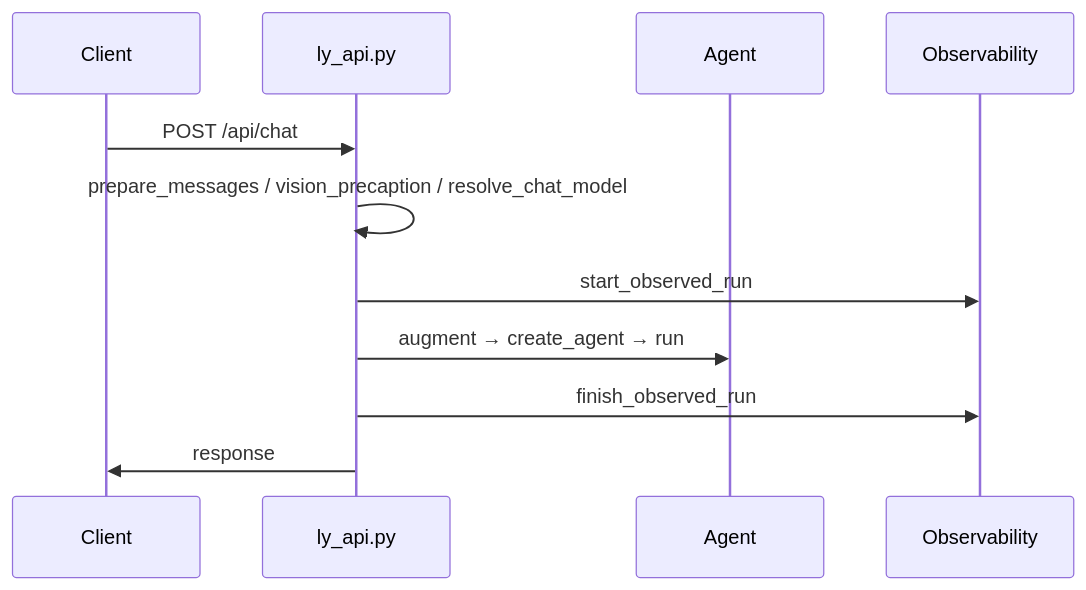
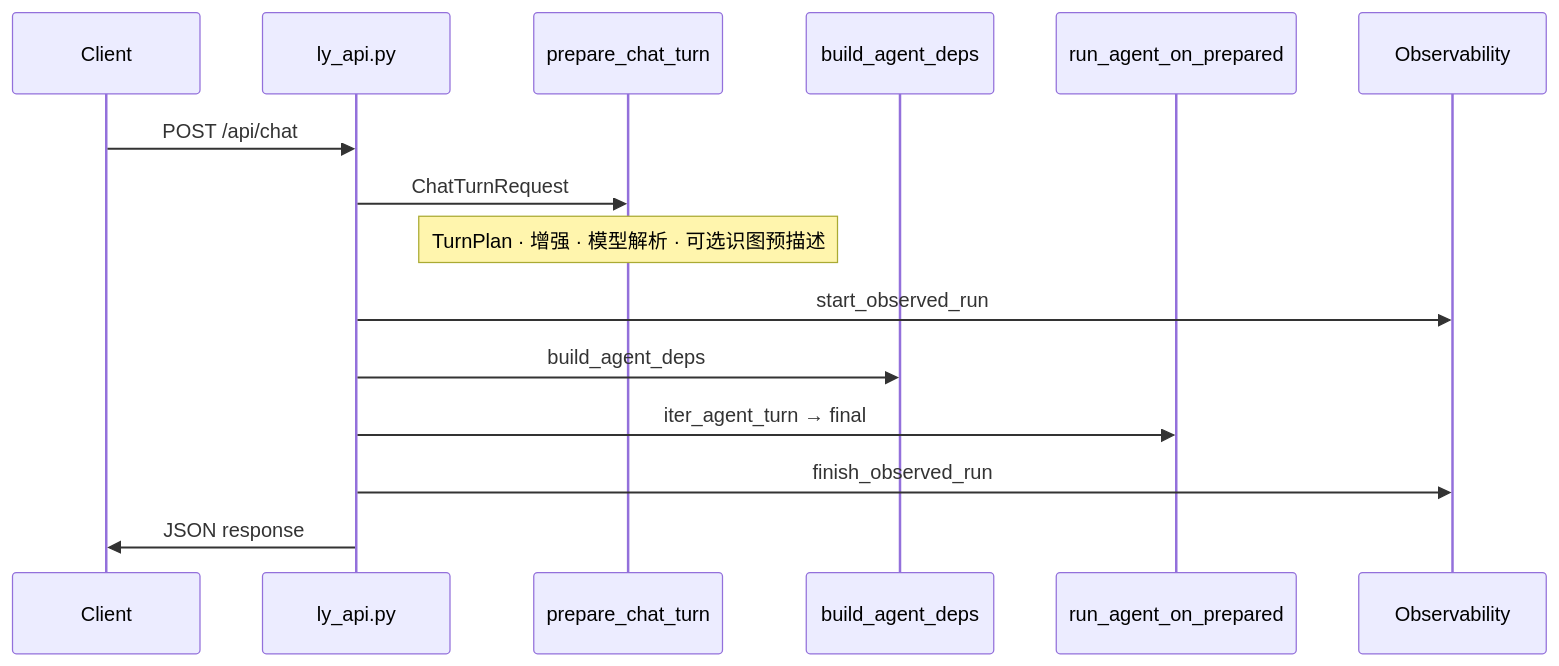
The second of 3 diagrams in TECHNICAL.md (liuyingjiang-wei/LY-NEXT), drawn with Mermaid before and after one commit. The commit also changed other lines of this file and 4 other files, not shown here.

````diff
--- a/TECHNICAL.md
+++ b/TECHNICAL.md
@@ -50,14 +74,18 @@
 ```mermaid
 sequenceDiagram
   participant C as Client
   participant API as ly_api.py
-  participant A as Agent
+  participant P as prepare_chat_turn
+  participant D as build_agent_deps
+  participant A as run_agent_on_prepared
   participant O as Observability
 
   C->>API: POST /api/chat
-  API->>API: prepare_messages / vision_precaption / resolve_chat_model
+  API->>P: ChatTurnRequest
+  Note over P: TurnPlan · 增强 · 模型解析 · 可选识图预描述
   API->>O: start_observed_run
-  API->>A: augment → create_agent → run
+  API->>D: build_agent_deps
+  API->>A: iter_agent_turn → final
   API->>O: finish_observed_run
-  API->>C: response
+  API->>C: JSON response
 ```
````
